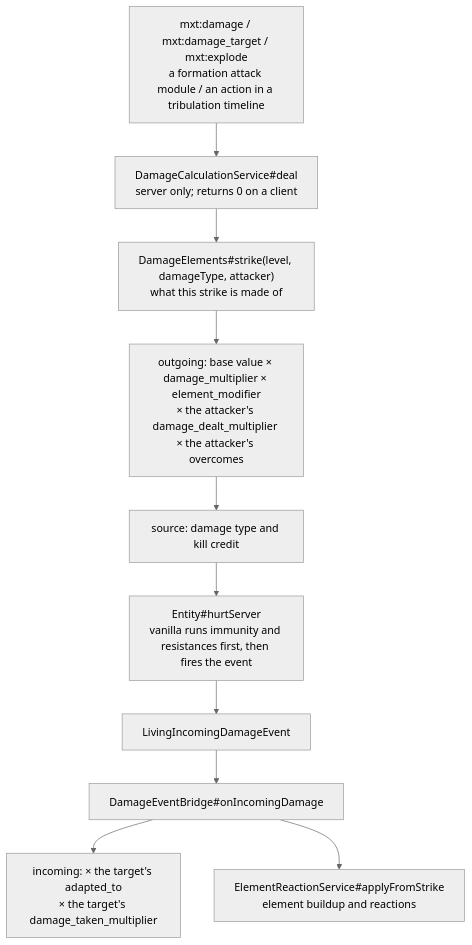
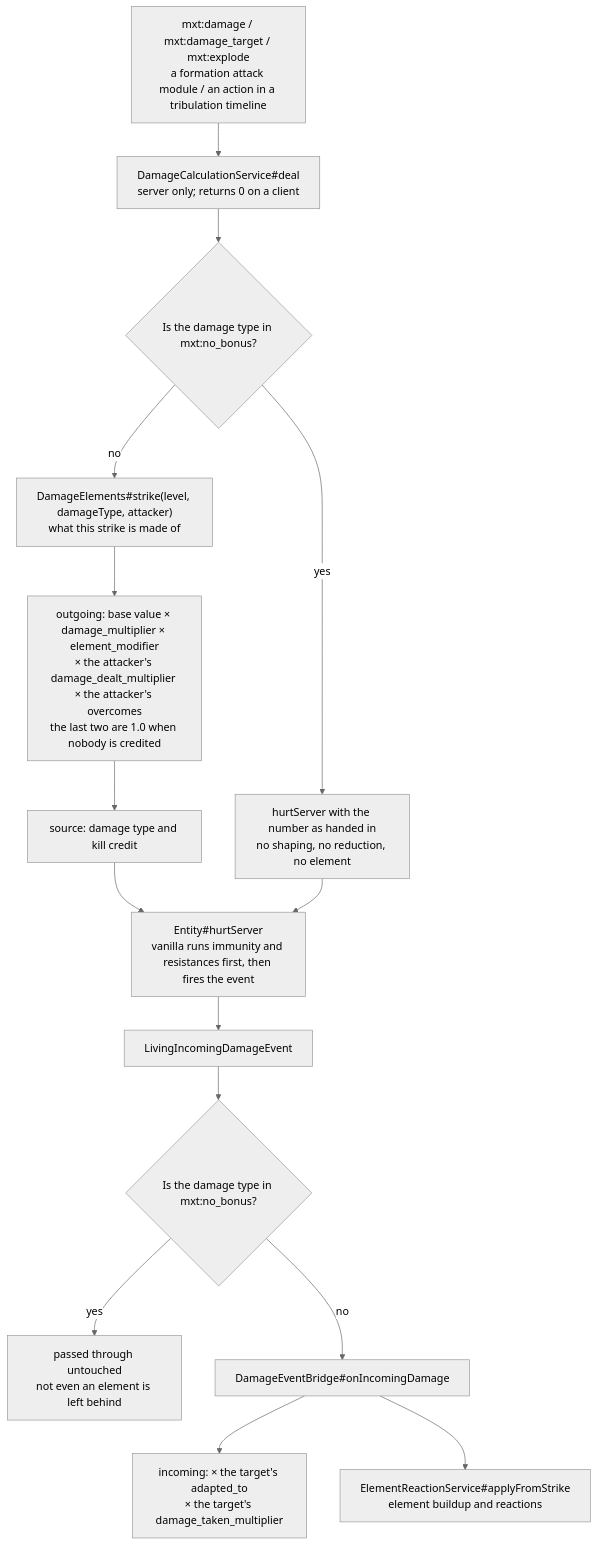
Before and after one commit to IAFEnvoy/mxt-docs: the first of 2 diagrams in docs/en/technical/damage.md, drawn with Mermaid (neutral theme). The commit also changed other lines of this file and 77 other files, not shown here.

Commit message:
mermaid refactor, more content

````diff
--- a/docs/en/technical/damage.md
+++ b/docs/en/technical/damage.md
@@ -23,12 +23,17 @@
 ```mermaid
 flowchart TD
     A["mxt:damage / mxt:damage_target / mxt:explode<br/>a formation attack module / an action in a tribulation timeline"] --> DEAL
-    DEAL["DamageCalculationService#deal<br/>server only; returns 0 on a client"] --> STRIKE["DamageElements#strike(level, damageType, attacker)<br/>what this strike is made of"]
-    STRIKE --> OUT["outgoing: base value × damage_multiplier × element_modifier<br/>× the attacker's damage_dealt_multiplier × the attacker's overcomes"]
+    DEAL["DamageCalculationService#deal<br/>server only; returns 0 on a client"] --> TAG{"Is the damage type in mxt:no_bonus?"}
+    TAG -->|yes| RAW["hurtServer with the number as handed in<br/>no shaping, no reduction, no element"]
+    TAG -->|no| STRIKE["DamageElements#strike(level, damageType, attacker)<br/>what this strike is made of"]
+    STRIKE --> OUT["outgoing: base value × damage_multiplier × element_modifier<br/>× the attacker's damage_dealt_multiplier × the attacker's overcomes<br/>the last two are 1.0 when nobody is credited"]
     OUT --> SRC["source: damage type and kill credit"]
     SRC --> HURT["Entity#hurtServer<br/>vanilla runs immunity and resistances first, then fires the event"]
+    RAW --> HURT
     HURT --> EV["LivingIncomingDamageEvent"]
-    EV --> BRIDGE["DamageEventBridge#onIncomingDamage"]
+    EV --> TAG2{"Is the damage type in mxt:no_bonus?"}
+    TAG2 -->|yes| RAW2["passed through untouched<br/>not even an element is left behind"]
+    TAG2 -->|no| BRIDGE["DamageEventBridge#onIncomingDamage"]
     BRIDGE --> IN["incoming: × the target's adapted_to<br/>× the target's damage_taken_multiplier"]
     BRIDGE --> REACT["ElementReactionService#applyFromStrike<br/>element buildup and reactions"]
 ```
````
